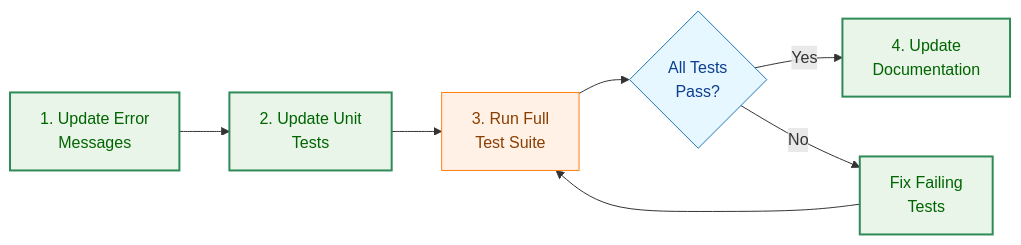
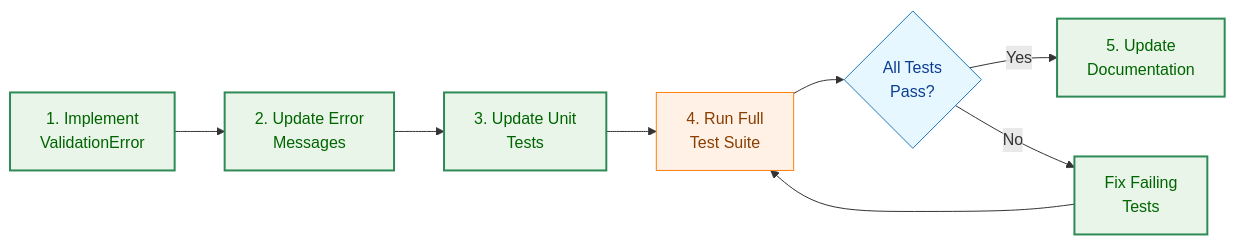
Before and after one commit to isseis/go-safe-cmd-runner: the seventh of 7 diagrams in docs/tasks/0054_error_message_improvement/02_architecture.md, drawn with Mermaid. The commit also changed other lines of this file, not shown here.

First line of the commit message:
docs: improve architecture for error message handling

````diff
--- a/docs/tasks/0054_error_message_improvement/02_architecture.md
+++ b/docs/tasks/0054_error_message_improvement/02_architecture.md
@@ -488,17 +960,18 @@
 ```mermaid
 flowchart LR
     classDef data fill:#e6f7ff,stroke:#1f77b4,stroke-width:1px,color:#0b3d91;
     classDef process fill:#fff1e6,stroke:#ff7f0e,stroke-width:1px,color:#8a3e00;
     classDef enhanced fill:#e8f5e8,stroke:#2e8b57,stroke-width:2px,color:#006400;
 
-    A["1. Update Error<br>Messages"] --> B["2. Update Unit<br>Tests"]
-    B --> C["3. Run Full<br>Test Suite"]
-    C --> D{"All Tests<br>Pass?"}
-    D -->|"Yes"| E["4. Update<br>Documentation"]
-    D -->|"No"| F["Fix Failing<br>Tests"]
-    F --> C
+    A["1. Implement<br>ValidationError"] --> B["2. Update Error<br>Messages"]
+    B --> C["3. Update Unit<br>Tests"]
+    C --> D["4. Run Full<br>Test Suite"]
+    D --> E{"All Tests<br>Pass?"}
+    E -->|"Yes"| F["5. Update<br>Documentation"]
+    E -->|"No"| G["Fix Failing<br>Tests"]
+    G --> D
 
-    class A,B,E,F enhanced;
-    class C process;
-    class D data;
+    class A,B,C,F,G enhanced;
+    class D process;
+    class E data;
 ```
````
